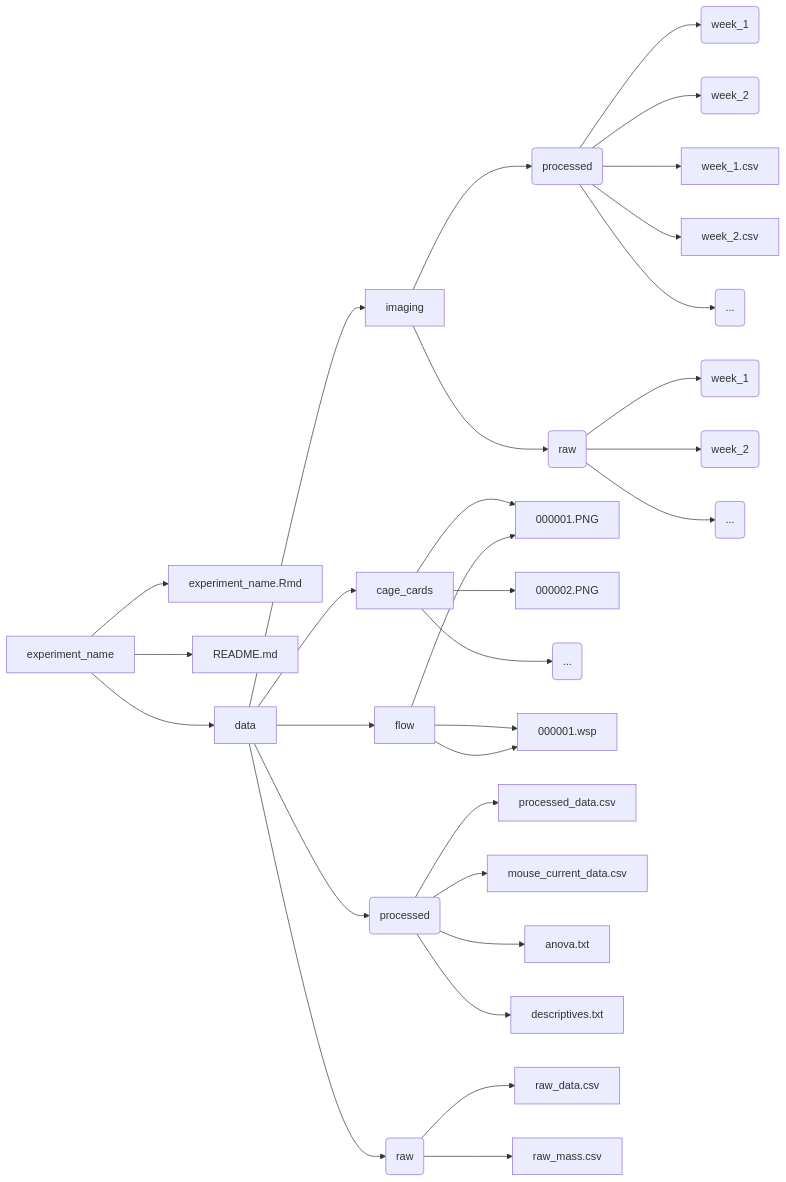
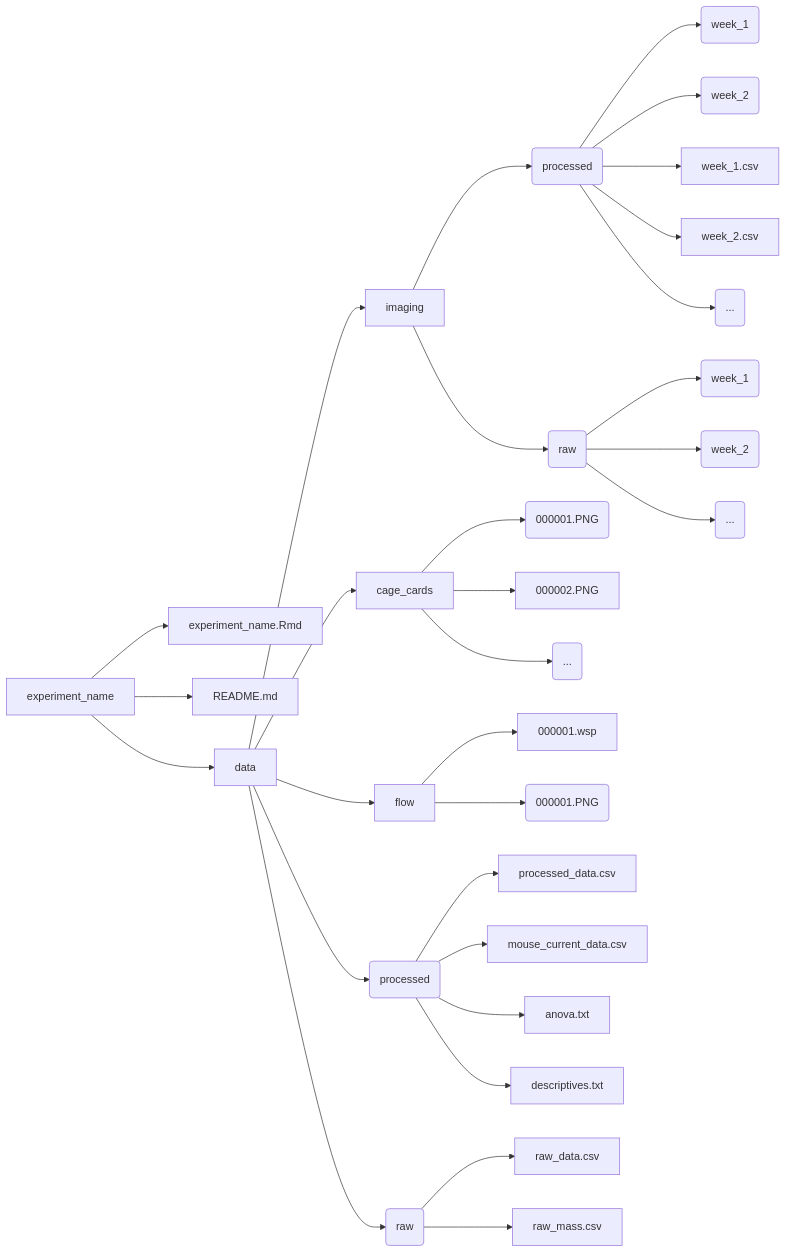
Before and after one commit to mmccoy-01/bioluminescent_imaging_experimental_template: the diagram in README.md, drawn with Mermaid.

````diff
--- a/README.md
+++ b/README.md
@@ -50,45 +50,44 @@
 ```mermaid
 graph LR
 experiment_name --> experiment_name.Rmd
 experiment_name --> README.md
 experiment_name --> data
 
 data --> imaging
 
 imaging --> G(processed)
 
 G(processed) --> A(week_1)
 G(processed) --> B(week_2)
 G(processed) --> week_1.csv
 G(processed) --> week_2.csv
 G(processed) --> I(...)
 
 imaging --> E(raw)
 
 E(raw) --> C(week_1)
 E(raw) --> D(week_2)
 E(raw) --> J(...)
 
 data --> cage_cards
 
-cage_cards --> 000001.PNG
+cage_cards --> M(000001.PNG)
 cage_cards --> 000002.PNG
 cage_cards --> K(...)
 
 data --> flow
 
 flow --> 000001.wsp
-flow --> 000001.wsp
-flow --> 000001.PNG
+flow --> L(000001.PNG)
 
 data --> H(processed)
 
 H(processed) --> processed_data.csv
 H(processed) --> mouse_current_data.csv
 H(processed) --> anova.txt
 H(processed) --> descriptives.txt
 data --> F(raw)
 
 F(raw) --> raw_data.csv
 F(raw) --> raw_mass.csv
 ```
````
